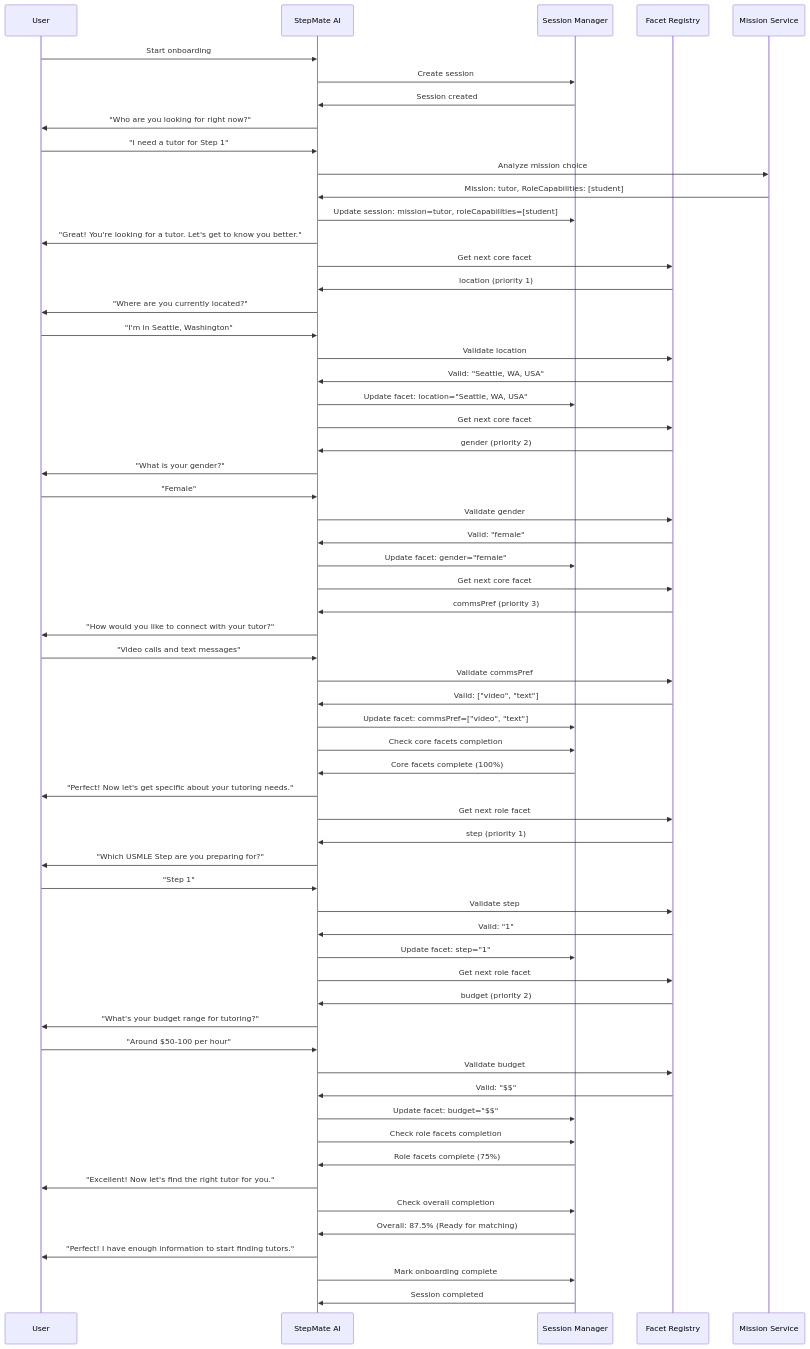
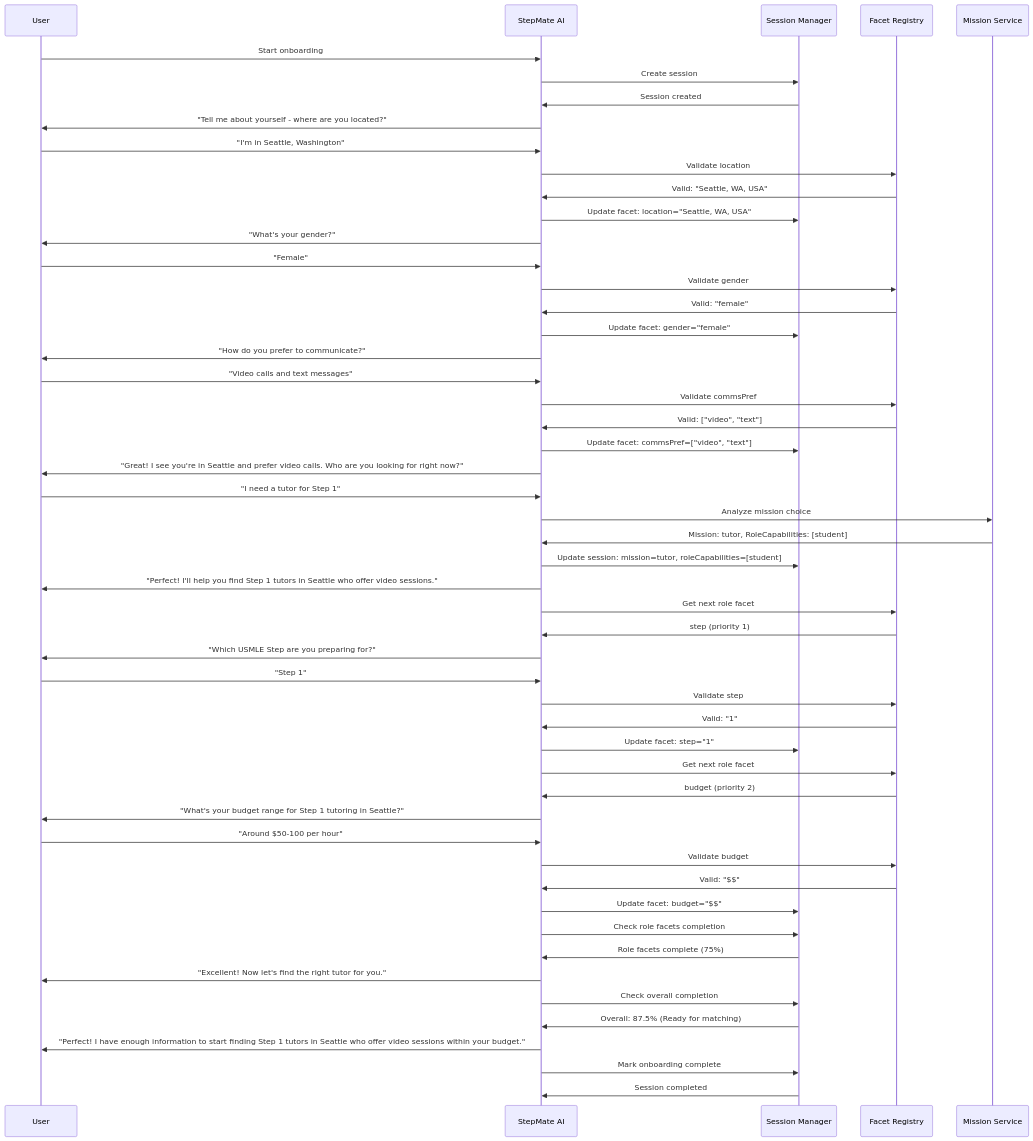
The seventh of 9 diagrams in README.md (bilalAIDeveloper/new-feat-test), drawn with Mermaid before and after one commit. The commit also changed other lines of this file, not shown here.

````diff
--- a/README.md
+++ b/README.md
@@ -193,63 +133,54 @@
 ```mermaid
 sequenceDiagram
     participant U as User
     participant AI as StepMate AI
     participant S as Session Manager
     participant F as Facet Registry
     participant M as Mission Service
     U->>AI: Start onboarding
     AI->>S: Create session
     S->>AI: Session created
-    AI->>U: "Who are you looking for right now?"
+    AI->>U: "Tell me about yourself - where are you located?"
+    U->>AI: "I'm in Seattle, Washington"
+    AI->>F: Validate location
+    F->>AI: Valid: "Seattle, WA, USA"
+    AI->>S: Update facet: location="Seattle, WA, USA"
+    AI->>U: "What's your gender?"
+    U->>AI: "Female"
+    AI->>F: Validate gender
+    F->>AI: Valid: "female"
+    AI->>S: Update facet: gender="female"
+    AI->>U: "How do you prefer to communicate?"
+    U->>AI: "Video calls and text messages"
+    AI->>F: Validate commsPref
+    F->>AI: Valid: ["video", "text"]
+    AI->>S: Update facet: commsPref=["video", "text"]
+    AI->>U: "Great! I see you're in Seattle and prefer video calls. Who are you looking for right now?"
     U->>AI: "I need a tutor for Step 1"
     AI->>M: Analyze mission choice
     M->>AI: Mission: tutor, RoleCapabilities: [student]
     AI->>S: Update session: mission=tutor, roleCapabilities=[student]
-    AI->>U: "Great! You're looking for a tutor. Let's get to know you better."
-    AI->>F: Get next core facet
-    F->>AI: location (priority 1)
-    AI->>U: "Where are you currently located?"
-    U->>AI: "I'm in Seattle, Washington"
-    AI->>F: Validate location
-    F->>AI: Valid: "Seattle, WA, USA"
-    AI->>S: Update facet: location="Seattle, WA, USA"
-    AI->>F: Get next core facet
-    F->>AI: gender (priority 2)
-    AI->>U: "What is your gender?"
-    U->>AI: "Female"
-    AI->>F: Validate gender
-    F->>AI: Valid: "female"
-    AI->>S: Update facet: gender="female"
-    AI->>F: Get next core facet
-    F->>AI: commsPref (priority 3)
-    AI->>U: "How would you like to connect with your tutor?"
-    U->>AI: "Video calls and text messages"
-    AI->>F: Validate commsPref
-    F->>AI: Valid: ["video", "text"]
-    AI->>S: Update facet: commsPref=["video", "text"]
-    AI->>S: Check core facets completion
-    S->>AI: Core facets complete (100%)
-    AI->>U: "Perfect! Now let's get specific about your tutoring needs."
+    AI->>U: "Perfect! I'll help you find Step 1 tutors in Seattle who offer video sessions."
     AI->>F: Get next role facet
     F->>AI: step (priority 1)
     AI->>U: "Which USMLE Step are you preparing for?"
     U->>AI: "Step 1"
     AI->>F: Validate step
     F->>AI: Valid: "1"
     AI->>S: Update facet: step="1"
     AI->>F: Get next role facet
     F->>AI: budget (priority 2)
-    AI->>U: "What's your budget range for tutoring?"
+    AI->>U: "What's your budget range for Step 1 tutoring in Seattle?"
     U->>AI: "Around $50-100 per hour"
     AI->>F: Validate budget
     F->>AI: Valid: "$$"
     AI->>S: Update facet: budget="$$"
     AI->>S: Check role facets completion
     S->>AI: Role facets complete (75%)
     AI->>U: "Excellent! Now let's find the right tutor for you."
     AI->>S: Check overall completion
     S->>AI: Overall: 87.5% (Ready for matching)
-    AI->>U: "Perfect! I have enough information to start finding tutors."
+    AI->>U: "Perfect! I have enough information to start finding Step 1 tutors in Seattle who offer video sessions within your budget."
     AI->>S: Mark onboarding complete
     S->>AI: Session completed
 ```
````
